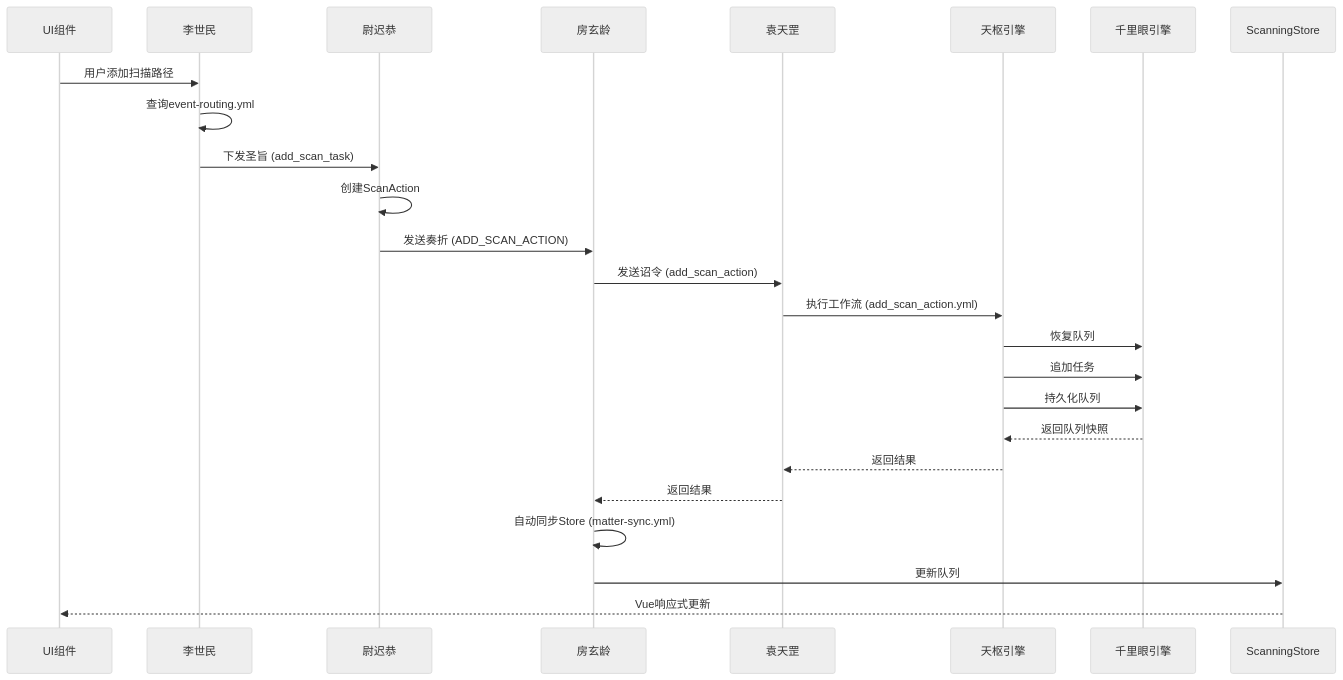
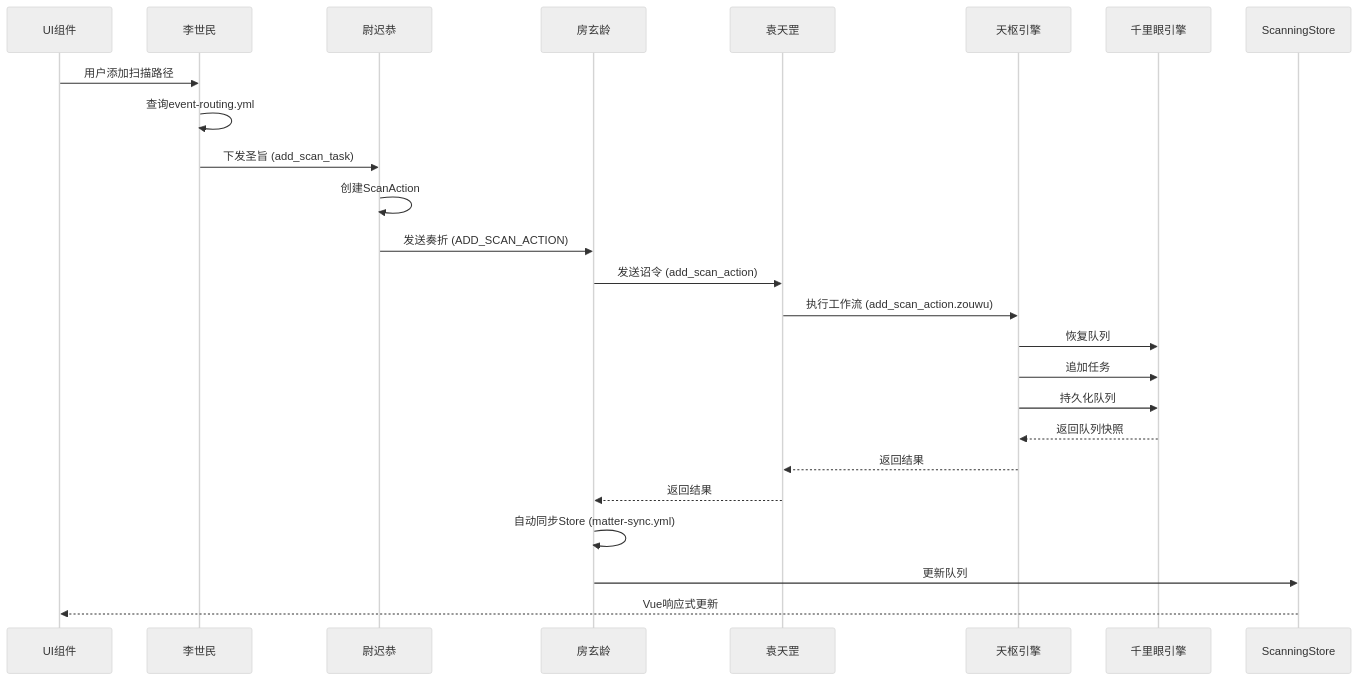
Diagram 19 of 28 in docs/design/system-architecture-design.md (photasajs/photasa-app), drawn with Mermaid (neutral theme) before and after one commit. The commit also changed 37 other files, not shown here.

````diff
--- a/docs/design/system-architecture-design.md
+++ b/docs/design/system-architecture-design.md
@@ -996,28 +996,28 @@
 ```mermaid
 sequenceDiagram
     participant UI as UI组件
     participant LSM as 李世民
     participant YCG as 尉迟恭
     participant FXL as 房玄龄
     participant YTG as 袁天罡
     participant TS as 天枢引擎
     participant QLY as 千里眼引擎
     participant SS as ScanningStore
 
     UI->>LSM: 用户添加扫描路径
     LSM->>LSM: 查询event-routing.yml
     LSM->>YCG: 下发圣旨 (add_scan_task)
     YCG->>YCG: 创建ScanAction
     YCG->>FXL: 发送奏折 (ADD_SCAN_ACTION)
     FXL->>YTG: 发送诏令 (add_scan_action)
-    YTG->>TS: 执行工作流 (add_scan_action.yml)
+    YTG->>TS: 执行工作流 (add_scan_action.zouwu)
     TS->>QLY: 恢复队列
     TS->>QLY: 追加任务
     TS->>QLY: 持久化队列
     QLY-->>TS: 返回队列快照
     TS-->>YTG: 返回结果
     YTG-->>FXL: 返回结果
     FXL->>FXL: 自动同步Store (matter-sync.yml)
     FXL->>SS: 更新队列
     SS-->>UI: Vue响应式更新
 ```
````
